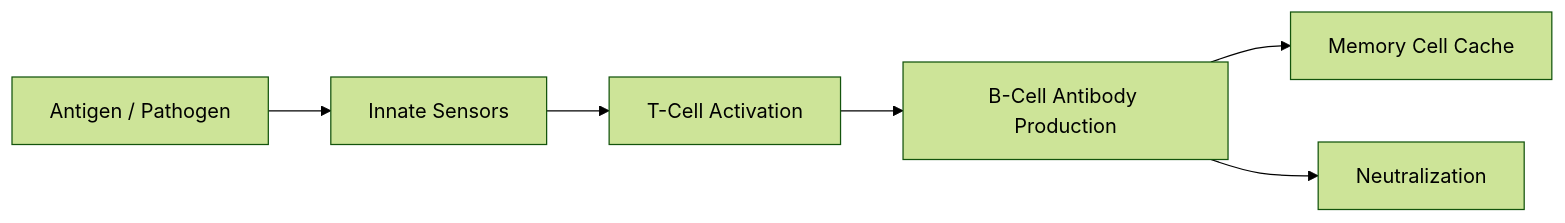
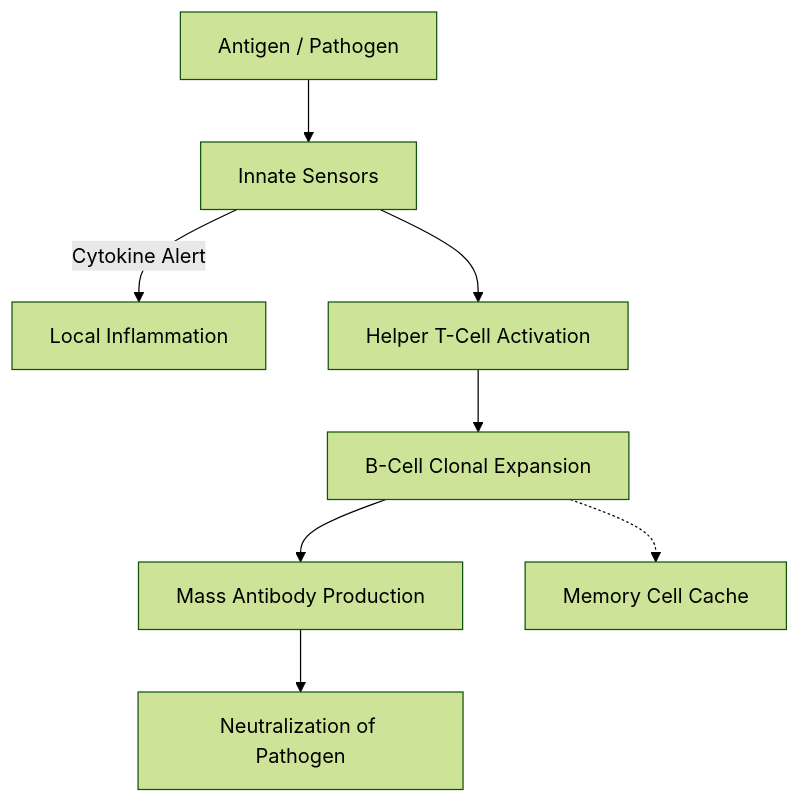
The diagram in drishti/studies/THE_IMMUNE_SYSTEM/README.md (07AMIT10/chaitra), drawn with Mermaid (forest theme) before and after one commit. The commit also changed other lines of this file and 127 other files, not shown here.

````diff
--- a/drishti/studies/THE_IMMUNE_SYSTEM/README.md
+++ b/drishti/studies/THE_IMMUNE_SYSTEM/README.md
@@ -13,8 +17,10 @@
 ```mermaid
-flowchart LR
+flowchart TD
   Pathogen[Antigen / Pathogen] --> Macrophage[Innate Sensors]
-  Macrophage --> TCell[T-Cell Activation]
-  TCell --> BCell[B-Cell Antibody Production]
-  BCell --> Memory[Memory Cell Cache]
-  BCell --> Neutralize[Neutralization]
+  Macrophage -->|Cytokine Alert| Inflammation[Local Inflammation]
+  Macrophage --> TCell[Helper T-Cell Activation]
+  TCell --> BCell[B-Cell Clonal Expansion]
+  BCell --> Antibodies[Mass Antibody Production]
+  Antibodies --> Neutralize[Neutralization of Pathogen]
+  BCell -.-> Memory[Memory Cell Cache]
 ```
````
